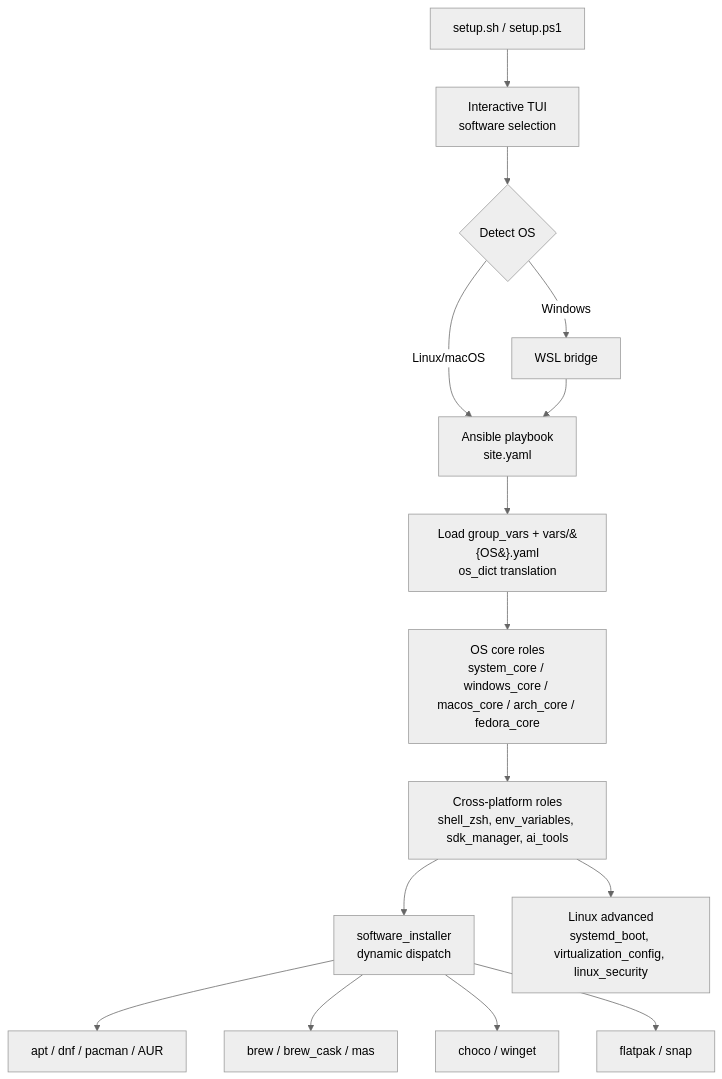
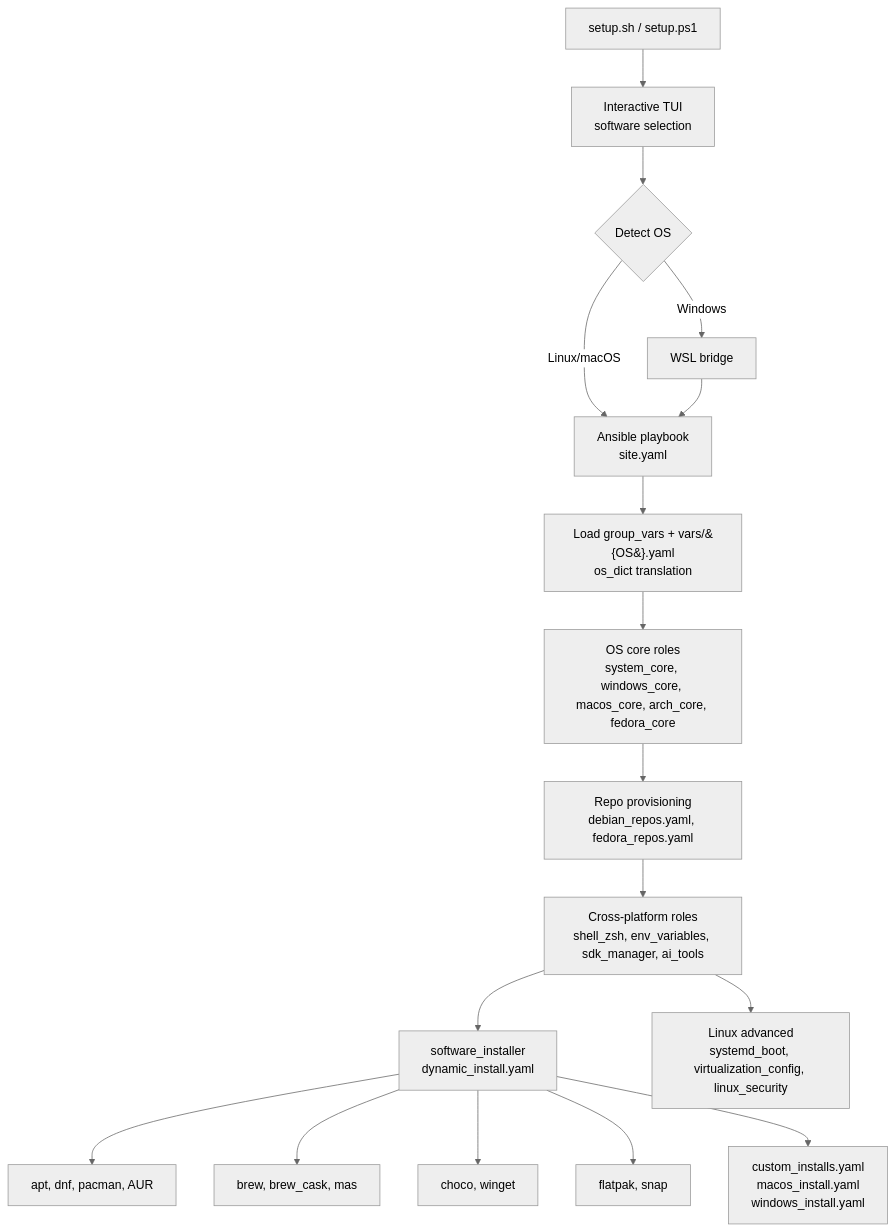
The diagram in README.md (Lukk17/InstallationHelper), drawn with Mermaid (neutral theme) before and after one commit. The commit also changed other lines of this file and 156 other files, not shown here.

````diff
--- a/README.md
+++ b/README.md
@@ -37,17 +51,19 @@
 ```mermaid
 flowchart TD
     A[setup.sh / setup.ps1] --> B[Interactive TUI<br/>software selection]
     B --> C{Detect OS}
     C -->|Windows| D[WSL bridge]
     C -->|Linux/macOS| E[Ansible playbook<br/>site.yaml]
     D --> E
     E --> F[Load group_vars + vars/&#123;OS&#125;.yaml<br/>os_dict translation]
-    F --> G[OS core roles<br/>system_core / windows_core / macos_core / arch_core / fedora_core]
-    G --> H[Cross-platform roles<br/>shell_zsh, env_variables, sdk_manager, ai_tools]
-    H --> I[software_installer<br/>dynamic dispatch]
-    I --> J1[apt / dnf / pacman / AUR]
-    I --> J2[brew / brew_cask / mas]
-    I --> J3[choco / winget]
-    I --> J4[flatpak / snap]
+    F --> G[OS core roles<br/>system_core, windows_core, macos_core, arch_core, fedora_core]
+    G --> R[Repo provisioning<br/>debian_repos.yaml, fedora_repos.yaml]
+    R --> H[Cross-platform roles<br/>shell_zsh, env_variables, sdk_manager, ai_tools]
+    H --> I[software_installer<br/>dynamic_install.yaml]
+    I --> J1[apt, dnf, pacman, AUR]
+    I --> J2[brew, brew_cask, mas]
+    I --> J3[choco, winget]
+    I --> J4[flatpak, snap]
+    I --> CI[custom_installs.yaml<br/>macos_install.yaml<br/>windows_install.yaml]
     H --> K[Linux advanced<br/>systemd_boot, virtualization_config, linux_security]
 ```
````
